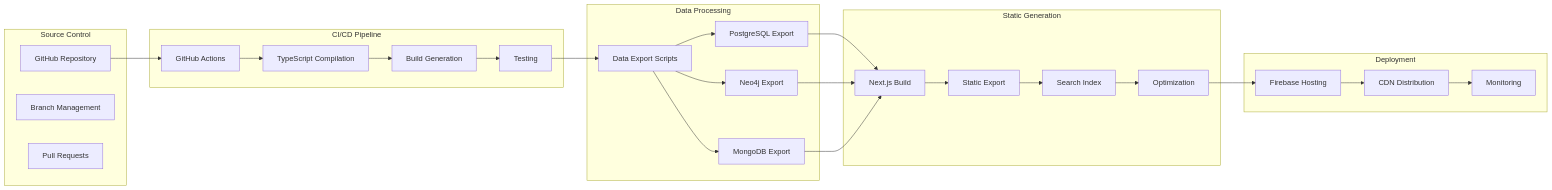
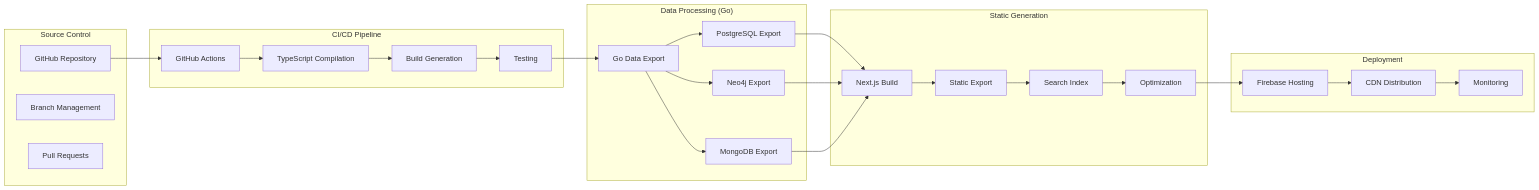
Diagram 14 of 30 in Docs/Planning & Analysis Stage/04. system-architecture-document.md (Dragon745/MuslimTree.org), drawn with Mermaid before and after one commit. The commit also changed other lines of this file, not shown here.

Commit message:
Update 04. system-architecture-document.md

````diff
--- a/Docs/Planning & Analysis Stage/04. system-architecture-document.md
+++ b/Docs/Planning & Analysis Stage/04. system-architecture-document.md
@@ -566,53 +751,53 @@
 ```mermaid
 flowchart LR
     subgraph "Source Control"
         GH[GitHub Repository]
         BR[Branch Management]
         PR[Pull Requests]
     end
 
     subgraph "CI/CD Pipeline"
         GA[GitHub Actions]
         TS[TypeScript Compilation]
         TG[Build Generation]
         TE[Testing]
     end
 
-    subgraph "Data Processing"
-        DP[Data Export Scripts]
+    subgraph "Data Processing (Go)"
+        DP[Go Data Export]
         PG[PostgreSQL Export]
         NG[Neo4j Export]
         MG[MongoDB Export]
     end
 
     subgraph "Static Generation"
         SG[Next.js Build]
         SS[Static Export]
         SI[Search Index]
         OP[Optimization]
     end
 
     subgraph "Deployment"
         FH[Firebase Hosting]
         CD[CDN Distribution]
         MT[Monitoring]
     end
 
     GH --> GA
     GA --> TS
     TS --> TG
     TG --> TE
     TE --> DP
     DP --> PG
     DP --> NG
     DP --> MG
     PG --> SG
     NG --> SG
     MG --> SG
     SG --> SS
     SS --> SI
     SI --> OP
     OP --> FH
     FH --> CD
     CD --> MT
 ```
````
